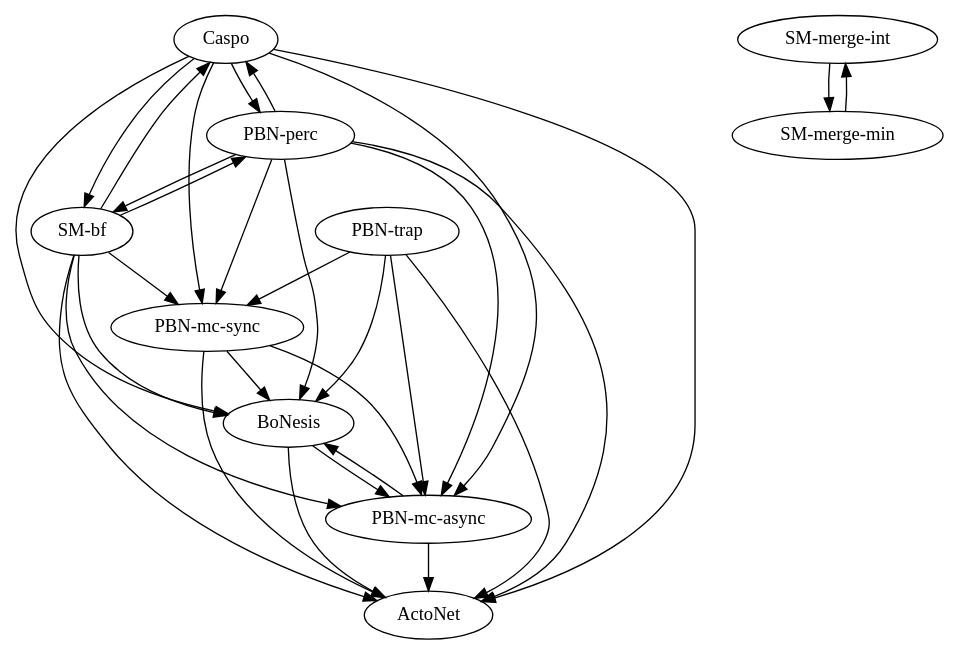
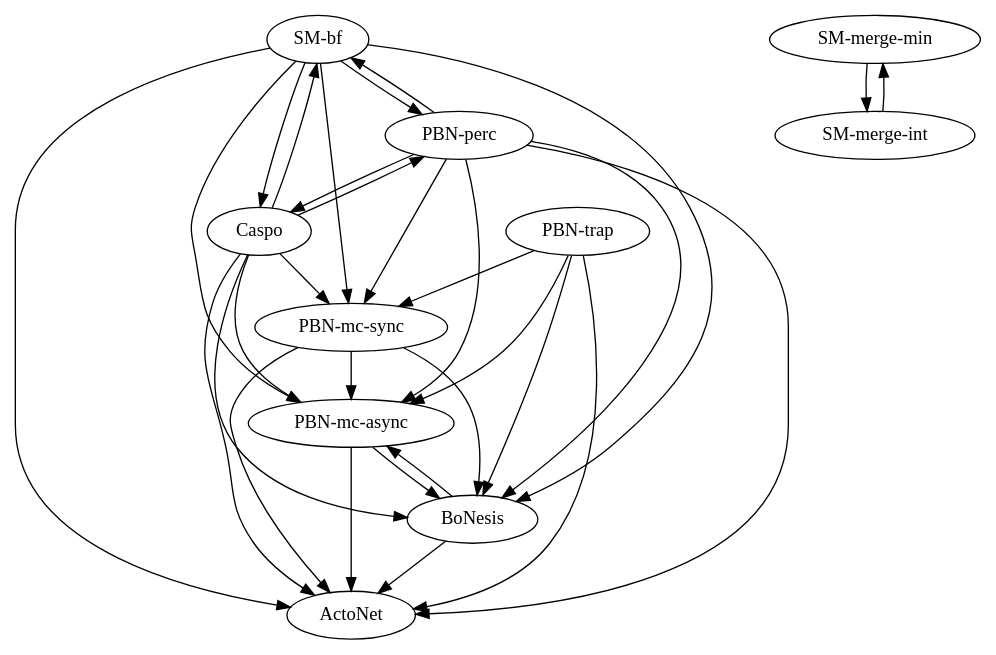
Before and after one commit to kalebmoon07/BN-control-taxonomy: the diagram in experiments/results/practical/TumorInvasion/_graph.dot, drawn with Graphviz. The commit also changed other lines of this file and 17 other files, not shown here.

```diff
--- a/experiments/results/practical/TumorInvasion/_graph.dot
+++ b/experiments/results/practical/TumorInvasion/_graph.dot
@@ -1,43 +1,43 @@
 strict digraph  {
+"SM-bf";
+"PBN-mc-sync";
+"PBN-perc";
+Caspo;
+ActoNet;
+"PBN-mc-async";
 BoNesis;
-ActoNet;
-Caspo;
-"PBN-mc-sync";
-"PBN-mc-async";
-"PBN-perc";
 "PBN-trap";
-"SM-bf";
+"SM-merge-min";
 "SM-merge-int";
-"SM-merge-min";
+"SM-bf" -> "PBN-mc-sync";
+"SM-bf" -> "PBN-perc";
+"SM-bf" -> Caspo;
+"SM-bf" -> ActoNet;
+"SM-bf" -> "PBN-mc-async";
+"SM-bf" -> BoNesis;
+"PBN-mc-sync" -> ActoNet;
+"PBN-mc-sync" -> "PBN-mc-async";
+"PBN-mc-sync" -> BoNesis;
+"PBN-perc" -> "SM-bf";
+"PBN-perc" -> "PBN-mc-sync";
+"PBN-perc" -> Caspo;
+"PBN-perc" -> ActoNet;
+"PBN-perc" -> "PBN-mc-async";
+"PBN-perc" -> BoNesis;
+Caspo -> "SM-bf";
+Caspo -> "PBN-mc-sync";
+Caspo -> "PBN-perc";
+Caspo -> ActoNet;
+Caspo -> "PBN-mc-async";
+Caspo -> BoNesis;
+"PBN-mc-async" -> ActoNet;
+"PBN-mc-async" -> BoNesis;
 BoNesis -> ActoNet;
 BoNesis -> "PBN-mc-async";
-Caspo -> ActoNet;
-Caspo -> BoNesis;
-Caspo -> "PBN-mc-sync";
-Caspo -> "PBN-mc-async";
-Caspo -> "PBN-perc";
-Caspo -> "SM-bf";
-"PBN-mc-sync" -> ActoNet;
-"PBN-mc-sync" -> BoNesis;
-"PBN-mc-sync" -> "PBN-mc-async";
-"PBN-mc-async" -> ActoNet;
-"PBN-mc-async" -> BoNesis;
-"PBN-perc" -> ActoNet;
-"PBN-perc" -> BoNesis;
-"PBN-perc" -> Caspo;
-"PBN-perc" -> "PBN-mc-sync";
-"PBN-perc" -> "PBN-mc-async";
-"PBN-perc" -> "SM-bf";
+"PBN-trap" -> "PBN-mc-sync";
 "PBN-trap" -> ActoNet;
+"PBN-trap" -> "PBN-mc-async";
 "PBN-trap" -> BoNesis;
-"PBN-trap" -> "PBN-mc-sync";
-"PBN-trap" -> "PBN-mc-async";
-"SM-bf" -> ActoNet;
-"SM-bf" -> BoNesis;
-"SM-bf" -> Caspo;
-"SM-bf" -> "PBN-mc-sync";
-"SM-bf" -> "PBN-mc-async";
-"SM-bf" -> "PBN-perc";
+"SM-merge-min" -> "SM-merge-int";
 "SM-merge-int" -> "SM-merge-min";
-"SM-merge-min" -> "SM-merge-int";
 }
```
